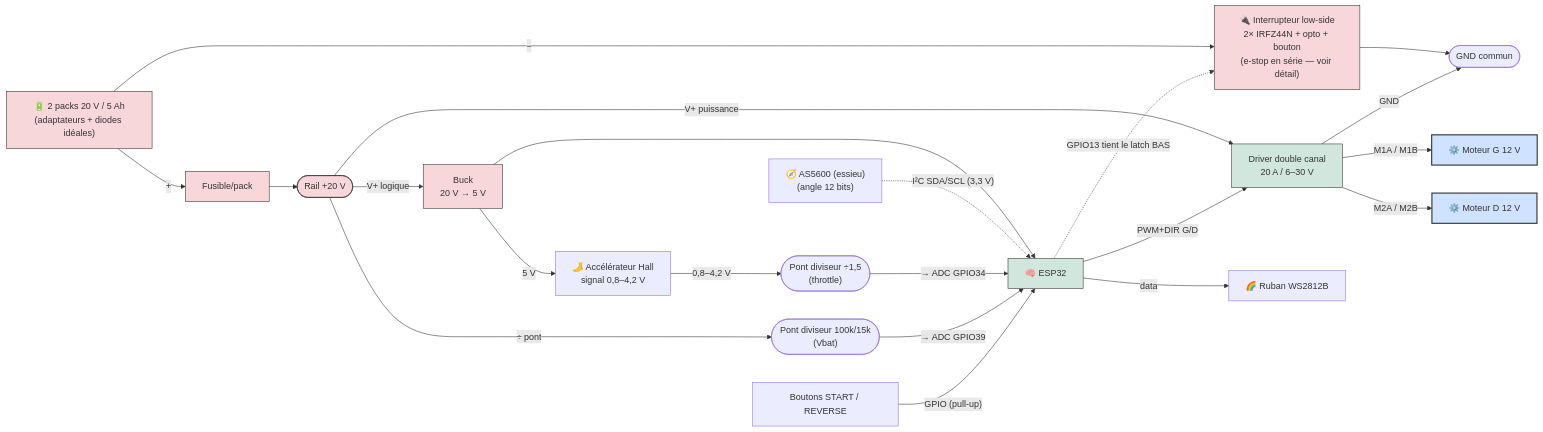
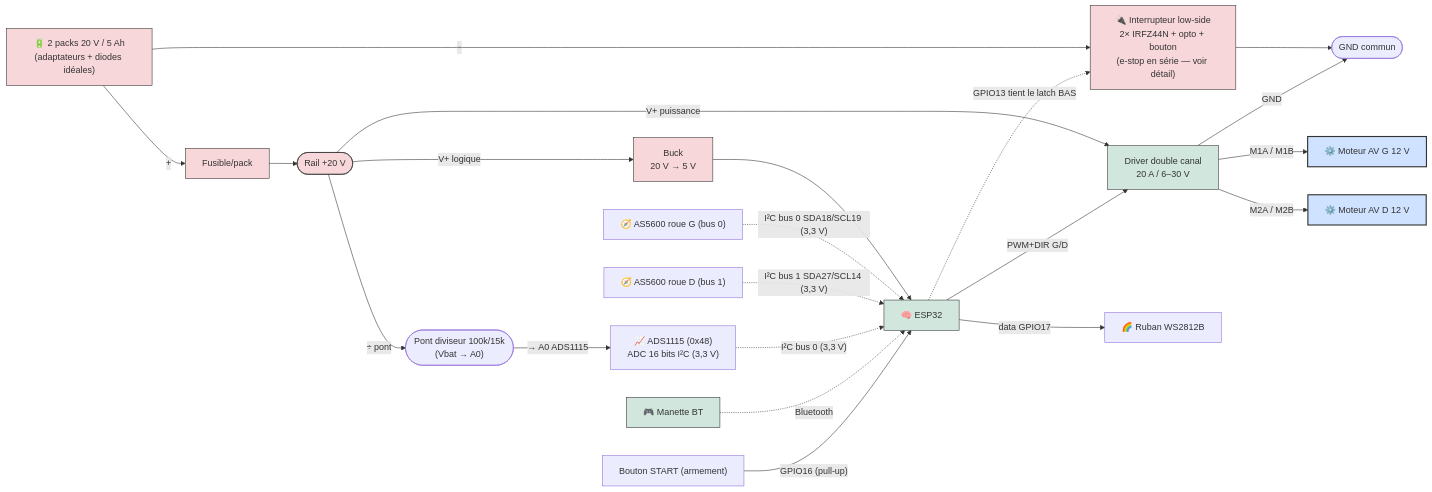
The sixth of 10 diagrams in README.md (pinkymaxou/powered-soapbox-car), drawn with Mermaid before and after one commit. The commit also changed other lines of this file and 23 other files, not shown here.

First line of the commit message:
Kart à entraînement différentiel : moteurs avant + manette Bluetooth

````diff
--- a/README.md
+++ b/README.md
@@ -386,47 +384,49 @@
 ```mermaid
 flowchart LR
     BATT["🔋 2 packs 20 V / 5 Ah<br/>(adaptateurs + diodes idéales)"]
     FUSE["Fusible/pack"]
     RAIL(["Rail +20 V"])
     SW["🔌 Interrupteur low-side<br/>2× IRFZ44N + opto + bouton<br/>(e-stop en série — voir détail)"]
     GNDC(["GND commun"])
     BUCK["Buck<br/>20 V → 5 V"]
     ESP["🧠 ESP32"]
+    PAD["🎮 Manette BT"]
     DRV["Driver double canal<br/>20 A / 6–30 V"]
-    M1["⚙️ Moteur G 12 V"]
-    M2["⚙️ Moteur D 12 V"]
-    ENC["🧭 AS5600 (essieu)<br/>(angle 12 bits)"]
-    THR["🦶 Accélérateur Hall<br/>signal 0,8–4,2 V"]
-    DIVT(["Pont diviseur ÷1,5<br/>(throttle)"])
-    DIVB(["Pont diviseur 100k/15k<br/>(Vbat)"])
-    BTN["Boutons START / REVERSE"]
+    M1["⚙️ Moteur AV G 12 V"]
+    M2["⚙️ Moteur AV D 12 V"]
+    ADS["📈 ADS1115 (0x48)<br/>ADC 16 bits I²C (3,3 V)"]
+    EG["🧭 AS5600 roue G (bus 0)"]
+    ED["🧭 AS5600 roue D (bus 1)"]
+    DIVB(["Pont diviseur 100k/15k<br/>(Vbat → A0)"])
+    BTN["Bouton START (armement)"]
     WS["🌈 Ruban WS2812B"]
 
     %% Puissance : le + alimente en permanence ; c'est le − qui est commuté (low-side)
     BATT -- "+" --> FUSE --> RAIL
     RAIL -- "V+ puissance" --> DRV
     RAIL -- "V+ logique" --> BUCK --> ESP
     BATT -- "−" --> SW --> GNDC
     DRV -- "GND" --> GNDC
     ESP -. "GPIO13 tient le latch BAS" .-> SW
 
     %% Sorties moteurs + retour de vitesse
     DRV -- "M1A / M1B" --> M1
     DRV -- "M2A / M2B" --> M2
-    ENC -. "I²C SDA/SCL (3,3 V)" .-> ESP
+    EG -. "I²C bus 0 SDA18/SCL19 (3,3 V)" .-> ESP
+    ED -. "I²C bus 1 SDA27/SCL14 (3,3 V)" .-> ESP
+    ADS -. "I²C bus 0 (3,3 V)" .-> ESP
 
     %% Signaux
+    PAD -. "Bluetooth" .-> ESP
     ESP -- "PWM+DIR G/D" --> DRV
-    BUCK -- "5 V" --> THR
-    THR -- "0,8–4,2 V" --> DIVT -- "→ ADC GPIO34" --> ESP
-    RAIL -- "÷ pont" --> DIVB -- "→ ADC GPIO39" --> ESP
-    BTN -- "GPIO (pull-up)" --> ESP
-    ESP -- "data" --> WS
+    RAIL -- "÷ pont" --> DIVB -- "→ A0 ADS1115" --> ADS
+    BTN -- "GPIO16 (pull-up)" --> ESP
+    ESP -- "data GPIO17" --> WS
 
     classDef pwr fill:#f8d7da,stroke:#333;
     classDef ctrl fill:#d1e7dd,stroke:#333;
     classDef mot fill:#cfe2ff,stroke:#333,stroke-width:2px;
     class BATT,FUSE,RAIL,SW,BUCK pwr;
-    class ESP,DRV ctrl;
+    class ESP,DRV,PAD ctrl;
     class M1,M2 mot;
 ```
````
